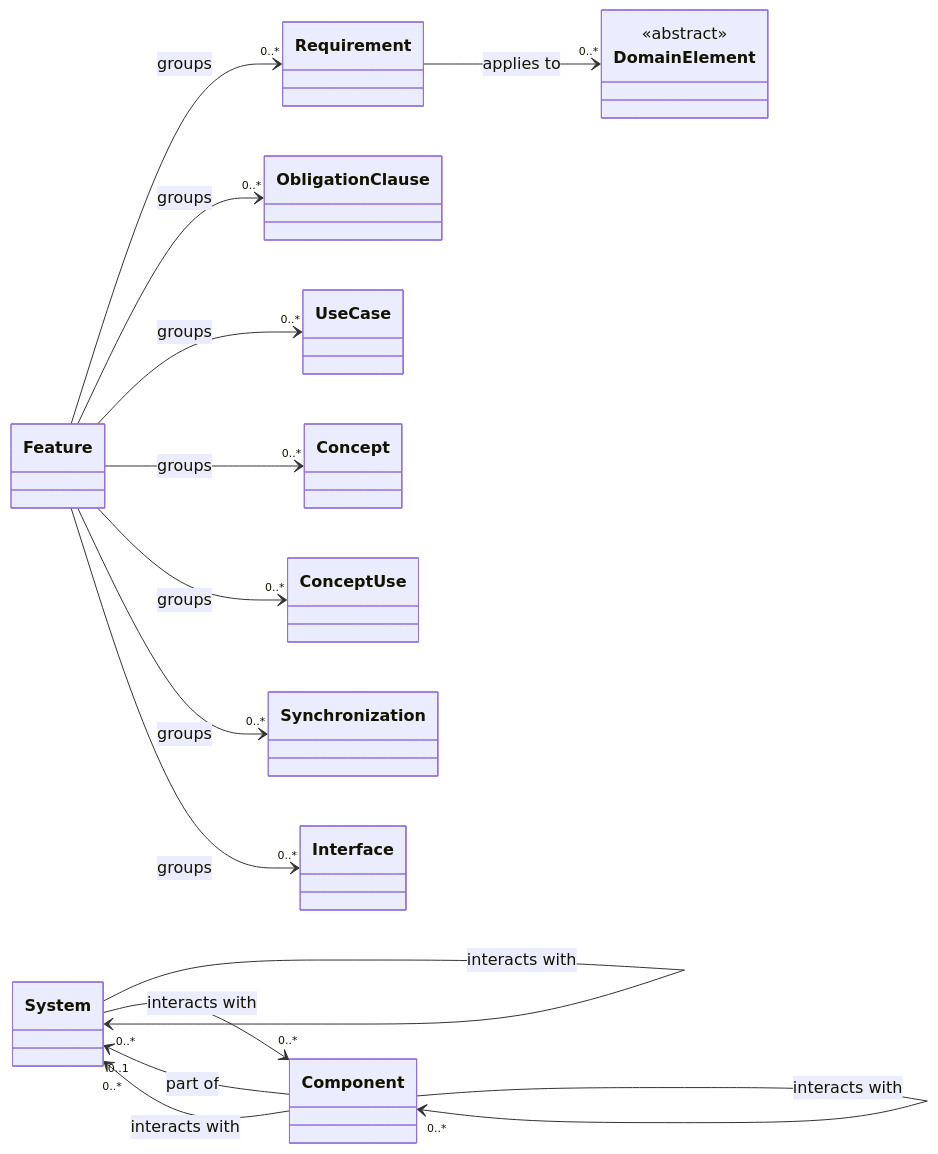
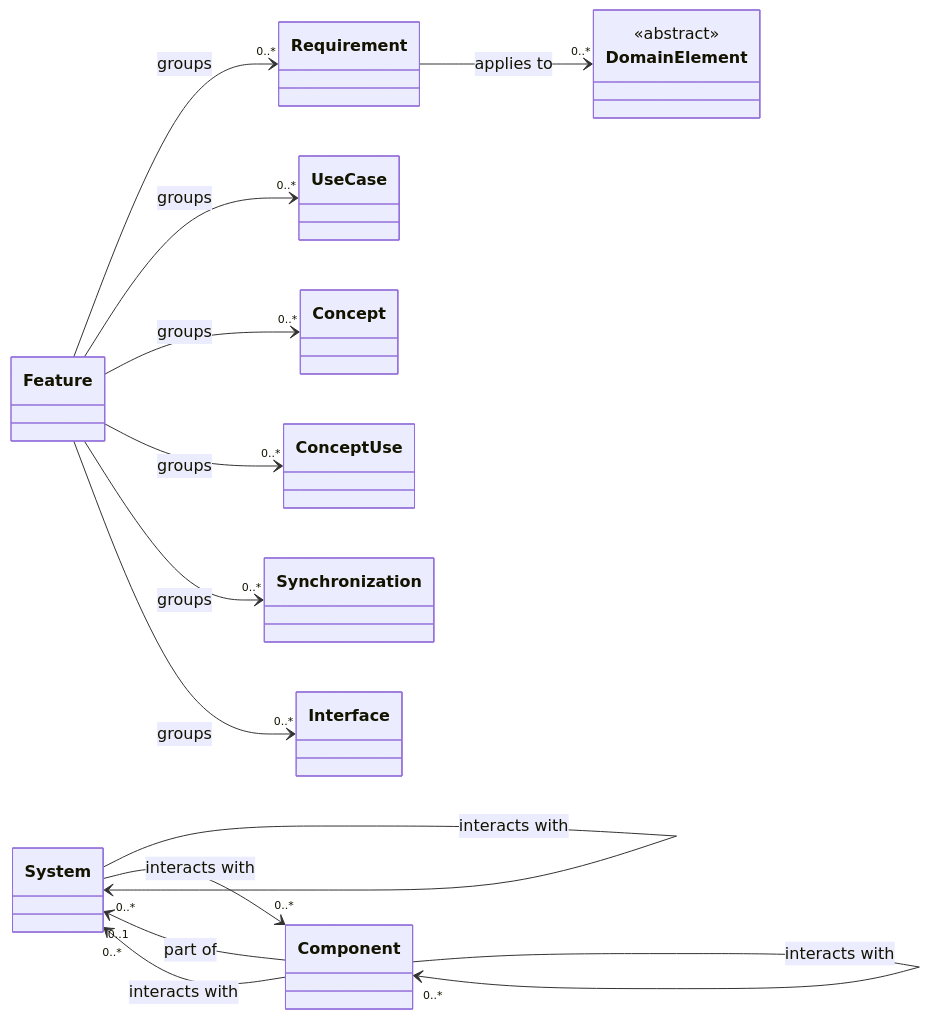
Before and after one commit to craigsmitham/dotspec: the fifth of 15 diagrams in docs/reference/model/core.md, drawn with Mermaid. The commit also changed other lines of this file and 130 other files, not shown here.

````diff
--- a/docs/reference/model/core.md
+++ b/docs/reference/model/core.md
@@ -129,31 +129,29 @@
 ```mermaid
 classDiagram
     direction LR
     class System
     class Component
     class Feature
     class Requirement
     class UseCase
     class Concept
-    class ObligationClause
     class ConceptUse
     class Synchronization
     class Interface
     class DomainElement
     <<abstract>> DomainElement
     System --> "0..1" System : part of
     Component --> "0..1" System : part of
     Component --> "0..1" Component : part of
     Feature --> "0..*" Requirement : groups
-    Feature --> "0..*" ObligationClause : groups
     Feature --> "0..*" UseCase : groups
     Feature --> "0..*" Concept : groups
     Feature --> "0..*" ConceptUse : groups
     Feature --> "0..*" Synchronization : groups
     Feature --> "0..*" Interface : groups
     Requirement --> "0..*" DomainElement : applies to
     System --> "0..*" System : interacts with
     System --> "0..*" Component : interacts with
     Component --> "0..*" System : interacts with
     Component --> "0..*" Component : interacts with
 ```
````
